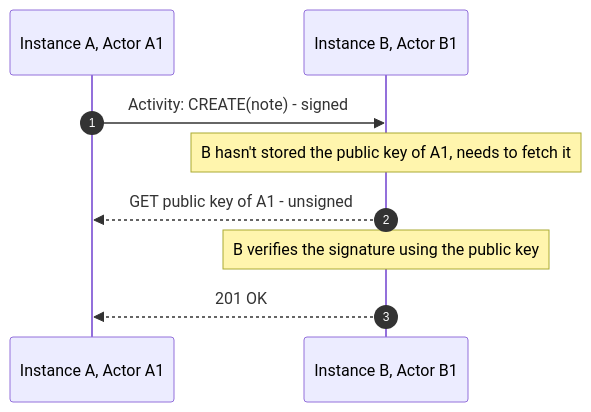
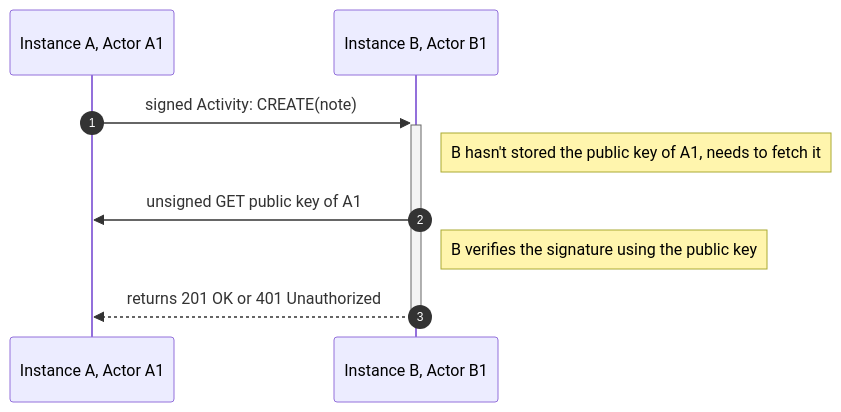
The fifth of 5 diagrams in slides.md (maybeanerd/iu-tech-talk), drawn with Mermaid before and after one commit. The commit also changed other lines of this file, not shown here.

````diff
--- a/slides.md
+++ b/slides.md
@@ -504,13 +505,13 @@
 ```mermaid
 sequenceDiagram
   autonumber
   participant A as Instance A, Actor A1
   participant B as Instance B, Actor B1
 
-  A->>B: Activity: CREATE(note) - signed
-  Note over B: B hasn't stored the public key of A1, needs to fetch it
-  B-->>A: GET public key of A1 - unsigned
-  Note over B: B verifies the signature using the public key
-  B-->>A: 201 OK
+  A->>+B: signed Activity: CREATE(note)
+  Note right of B: B hasn't stored the public key of A1, needs to fetch it
+  B->>A: unsigned GET public key of A1
+  Note right of B: B verifies the signature using the public key
+  B-->>-A: returns 201 OK or 401 Unauthorized
 
 ```
````
